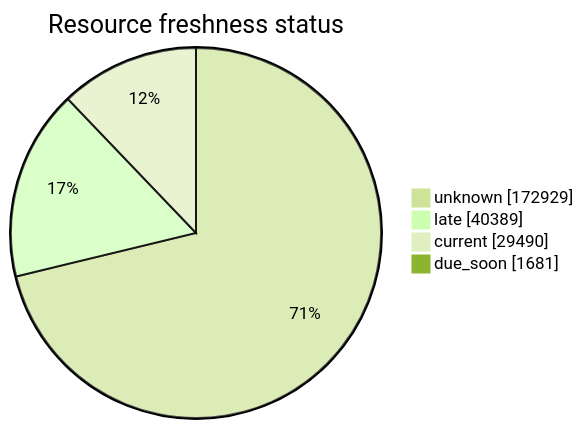
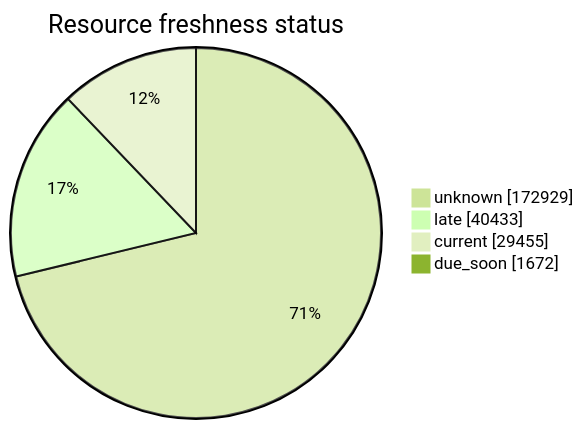
One commit to open-data/analytics-corporate-reporting changed the third of 5 diagrams in FreshCheck/README.md. Above: the diagram before and after it, drawn with Mermaid (forest theme). The commit also changed other lines of this file and 3 other files, not shown here.

````diff
--- a/FreshCheck/README.md
+++ b/FreshCheck/README.md
@@ -78,7 +78,7 @@
 ```mermaid
 pie showData title Resource freshness status
     "unknown": 172929
-    "late": 40389
-    "current": 29490
-    "due_soon": 1681
+    "late": 40433
+    "current": 29455
+    "due_soon": 1672
 ```
````
